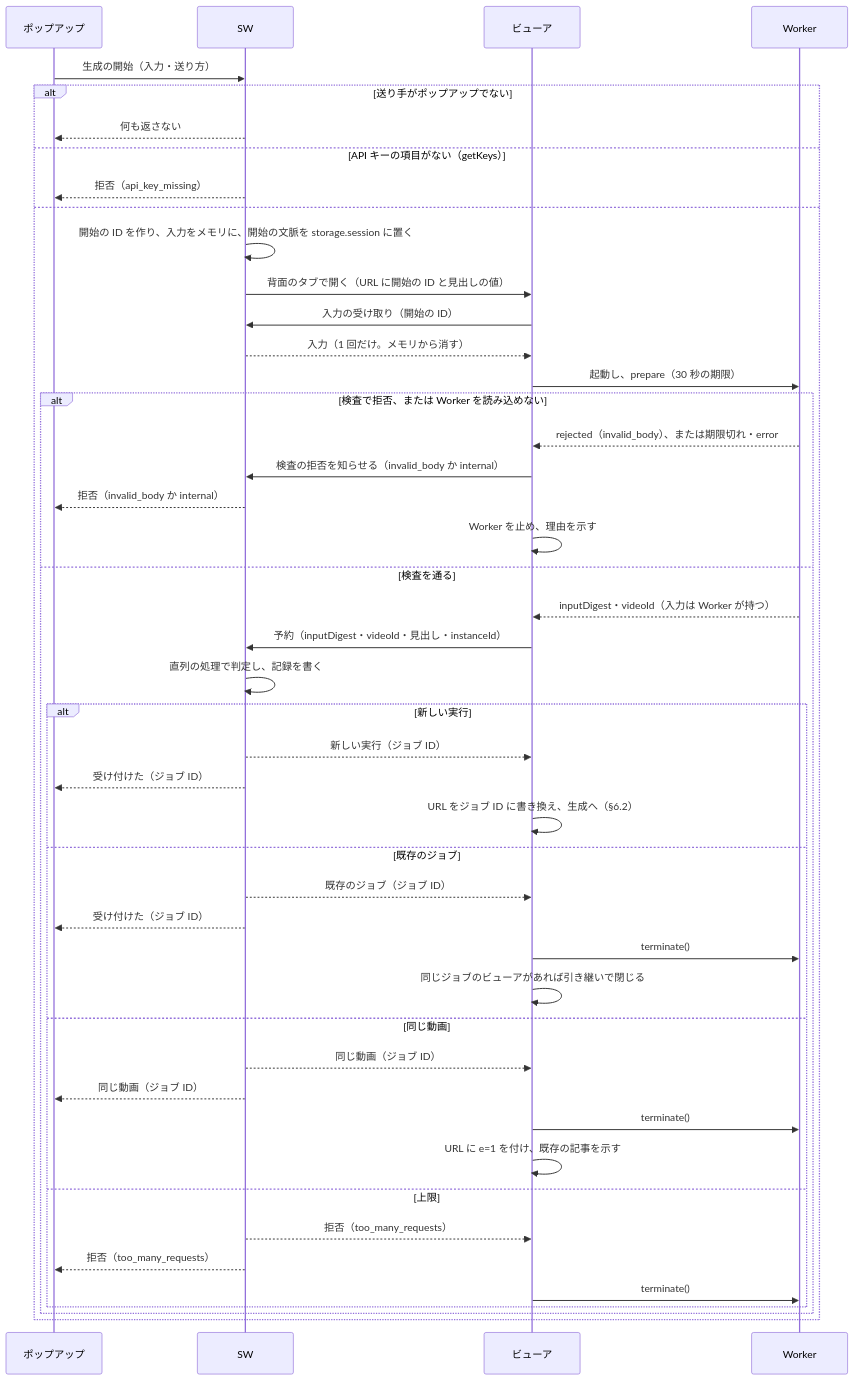
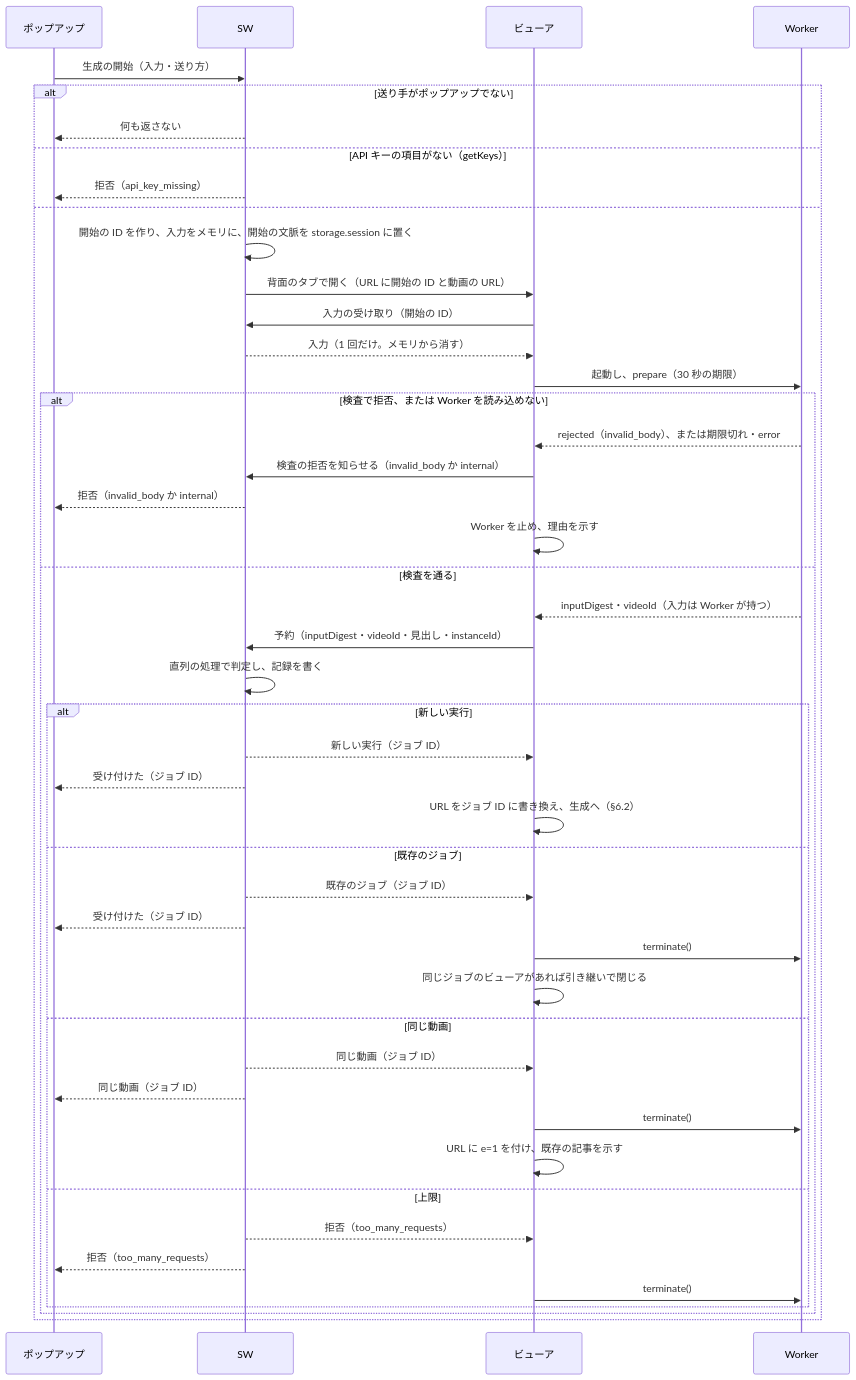
One commit to isseis/yt2column changed the sixth of 9 diagrams in docs/tasks/0090_extension_only_architecture/02_architecture.md. Above: the diagram before and after it, drawn with Mermaid. The commit also changed other lines of this file and 2 other files, not shown here.

First line of the commit message:
docs(0090): keep only IDs and the video URL in the viewer URL and show the video title as the page title

````diff
--- a/docs/tasks/0090_extension_only_architecture/02_architecture.md
+++ b/docs/tasks/0090_extension_only_architecture/02_architecture.md
@@ -1100,49 +1111,49 @@
 ```mermaid
 sequenceDiagram
     participant P as ポップアップ
     participant S as SW
     participant V as ビューア
     participant W as Worker
 
     P->>S: 生成の開始（入力・送り方）
     alt 送り手がポップアップでない
         S-->>P: 何も返さない
     else API キーの項目がない（getKeys）
         S-->>P: 拒否（api_key_missing）
     else
         S->>S: 開始の ID を作り、入力をメモリに、開始の文脈を storage.session に置く
-        S->>V: 背面のタブで開く（URL に開始の ID と見出しの値）
+        S->>V: 背面のタブで開く（URL に開始の ID と動画の URL）
         V->>S: 入力の受け取り（開始の ID）
         S-->>V: 入力（1 回だけ。メモリから消す）
         V->>W: 起動し、prepare（30 秒の期限）
         alt 検査で拒否、または Worker を読み込めない
             W-->>V: rejected（invalid_body）、または期限切れ・error
             V->>S: 検査の拒否を知らせる（invalid_body か internal）
             S-->>P: 拒否（invalid_body か internal）
             V->>V: Worker を止め、理由を示す
         else 検査を通る
             W-->>V: inputDigest・videoId（入力は Worker が持つ）
             V->>S: 予約（inputDigest・videoId・見出し・instanceId）
             S->>S: 直列の処理で判定し、記録を書く
             alt 新しい実行
                 S-->>V: 新しい実行（ジョブ ID）
                 S-->>P: 受け付けた（ジョブ ID）
                 V->>V: URL をジョブ ID に書き換え、生成へ（§6.2）
             else 既存のジョブ
                 S-->>V: 既存のジョブ（ジョブ ID）
                 S-->>P: 受け付けた（ジョブ ID）
                 V->>W: terminate()
                 V->>V: 同じジョブのビューアがあれば引き継いで閉じる
             else 同じ動画
                 S-->>V: 同じ動画（ジョブ ID）
                 S-->>P: 同じ動画（ジョブ ID）
                 V->>W: terminate()
                 V->>V: URL に e=1 を付け、既存の記事を示す
             else 上限
                 S-->>V: 拒否（too_many_requests）
                 S-->>P: 拒否（too_many_requests）
                 V->>W: terminate()
             end
         end
     end
 ```
````
